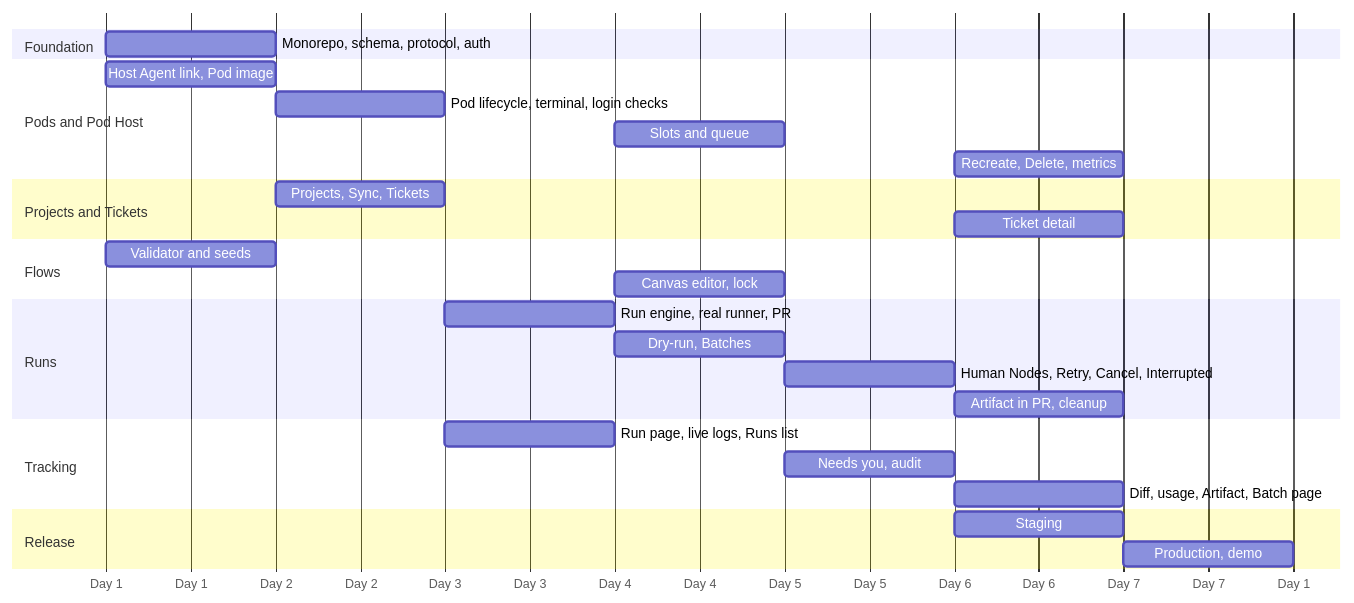
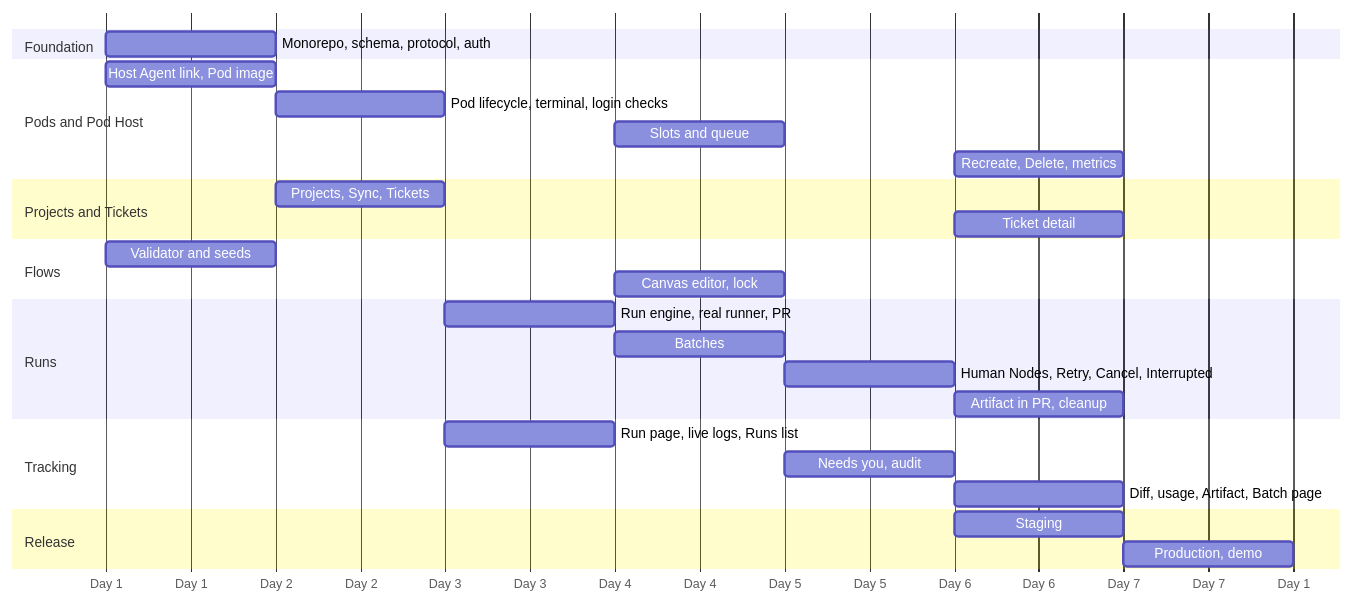
Before and after one commit to toinguyen-agilityio/clauderon: the diagram in docs/roadmap/v1-seven-day-plan.md, drawn with Mermaid. The commit also changed other lines of this file and 52 other files, not shown here.

First line of the commit message:
feat(runs): remove Dry-run and keep the editor's Test run

````diff
--- a/docs/roadmap/v1-seven-day-plan.md
+++ b/docs/roadmap/v1-seven-day-plan.md
@@ -24,30 +24,30 @@
 ```mermaid
 gantt
   dateFormat  YYYY-MM-DD
   axisFormat  Day %u
   section Foundation
   Monorepo, schema, protocol, auth           :2026-11-16, 1d
   section Pods and Pod Host
   Host Agent link, Pod image                 :2026-11-16, 1d
   Pod lifecycle, terminal, login checks      :2026-11-17, 1d
   Slots and queue                            :2026-11-19, 1d
   Recreate, Delete, metrics                  :2026-11-21, 1d
   section Projects and Tickets
   Projects, Sync, Tickets                    :2026-11-17, 1d
   Ticket detail                              :2026-11-21, 1d
   section Flows
   Validator and seeds                        :2026-11-16, 1d
   Canvas editor, lock                        :2026-11-19, 1d
   section Runs
   Run engine, real runner, PR                :2026-11-18, 1d
-  Dry-run, Batches                           :2026-11-19, 1d
+  Batches                                    :2026-11-19, 1d
   Human Nodes, Retry, Cancel, Interrupted    :2026-11-20, 1d
   Artifact in PR, cleanup                    :2026-11-21, 1d
   section Tracking
   Run page, live logs, Runs list             :2026-11-18, 1d
   Needs you, audit                           :2026-11-20, 1d
   Diff, usage, Artifact, Batch page          :2026-11-21, 1d
   section Release
   Staging                                    :2026-11-21, 1d
   Production, demo                           :2026-11-22, 1d
 ```
````
